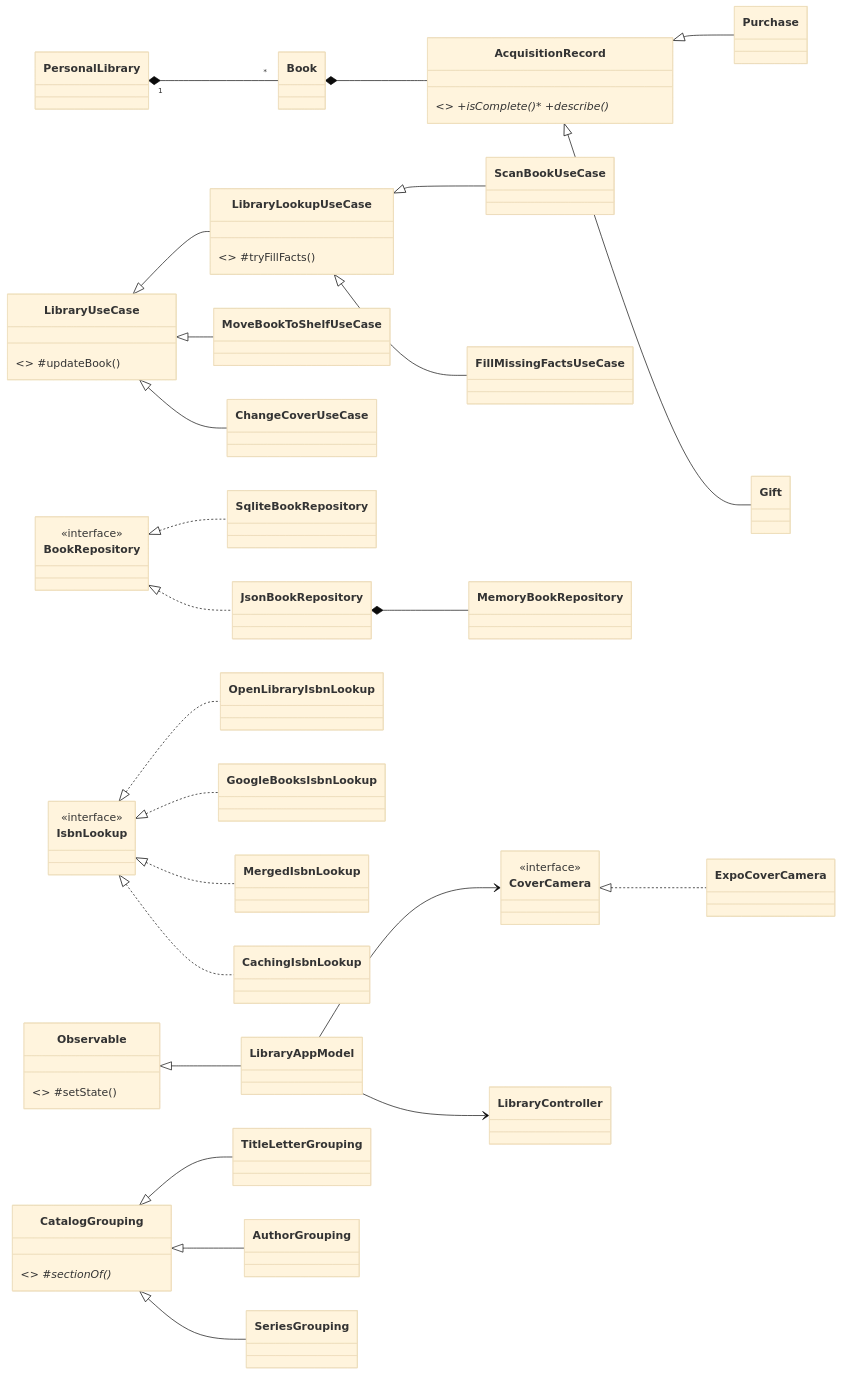
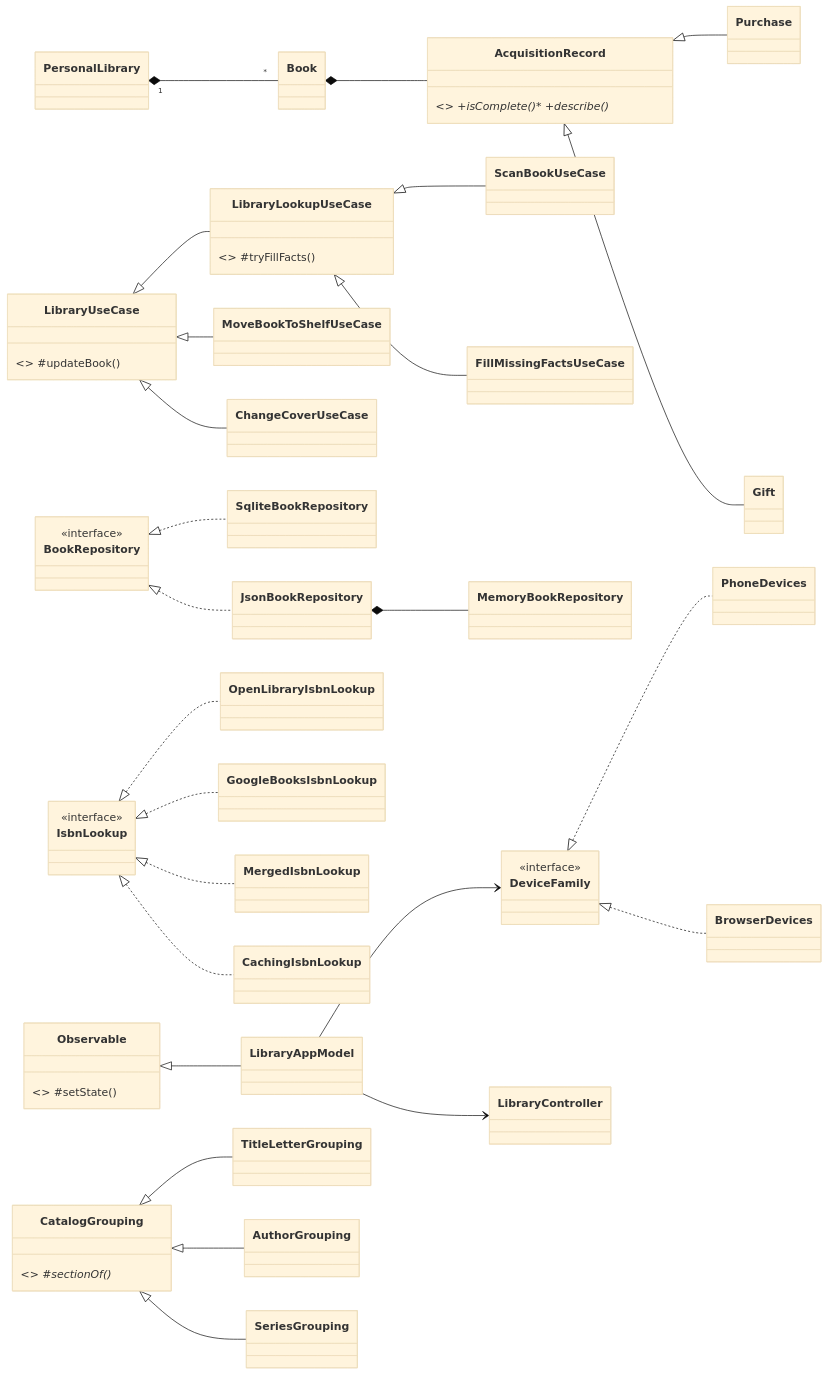
Before and after one commit to ghechavarria/cen5064-project-hechavarria: the fifth of 5 diagrams in docs/code-review.md, drawn with Mermaid (base theme). The commit also changed other lines of this file and 31 other files, not shown here.

````diff
--- a/docs/code-review.md
+++ b/docs/code-review.md
@@ -205,38 +205,39 @@
 ```mermaid
 classDiagram
     direction LR
     class AcquisitionRecord { <<abstract>> +isComplete()* +describe()* }
     AcquisitionRecord <|-- Purchase
     AcquisitionRecord <|-- Gift
     PersonalLibrary "1" *-- "*" Book
     Book *-- AcquisitionRecord
 
     class LibraryUseCase { <<abstract>> #updateBook() }
     class LibraryLookupUseCase { <<abstract>> #tryFillFacts() }
     LibraryUseCase <|-- LibraryLookupUseCase
     LibraryLookupUseCase <|-- ScanBookUseCase
     LibraryLookupUseCase <|-- FillMissingFactsUseCase
     LibraryUseCase <|-- MoveBookToShelfUseCase
     LibraryUseCase <|-- ChangeCoverUseCase
 
     class BookRepository { <<interface>> }
     class IsbnLookup { <<interface>> }
     BookRepository <|.. SqliteBookRepository
     BookRepository <|.. JsonBookRepository
     JsonBookRepository *-- MemoryBookRepository
     IsbnLookup <|.. OpenLibraryIsbnLookup
     IsbnLookup <|.. GoogleBooksIsbnLookup
     IsbnLookup <|.. MergedIsbnLookup
     IsbnLookup <|.. CachingIsbnLookup
 
     class Observable { <<abstract>> #setState() }
     Observable <|-- LibraryAppModel
-    class CoverCamera { <<interface>> }
-    CoverCamera <|.. ExpoCoverCamera
+    class DeviceFamily { <<interface>> }
+    DeviceFamily <|.. PhoneDevices
+    DeviceFamily <|.. BrowserDevices
     LibraryAppModel --> LibraryController
-    LibraryAppModel --> CoverCamera
+    LibraryAppModel --> DeviceFamily
     class CatalogGrouping { <<abstract>> #sectionOf()* }
     CatalogGrouping <|-- TitleLetterGrouping
     CatalogGrouping <|-- AuthorGrouping
     CatalogGrouping <|-- SeriesGrouping
 ```
````
